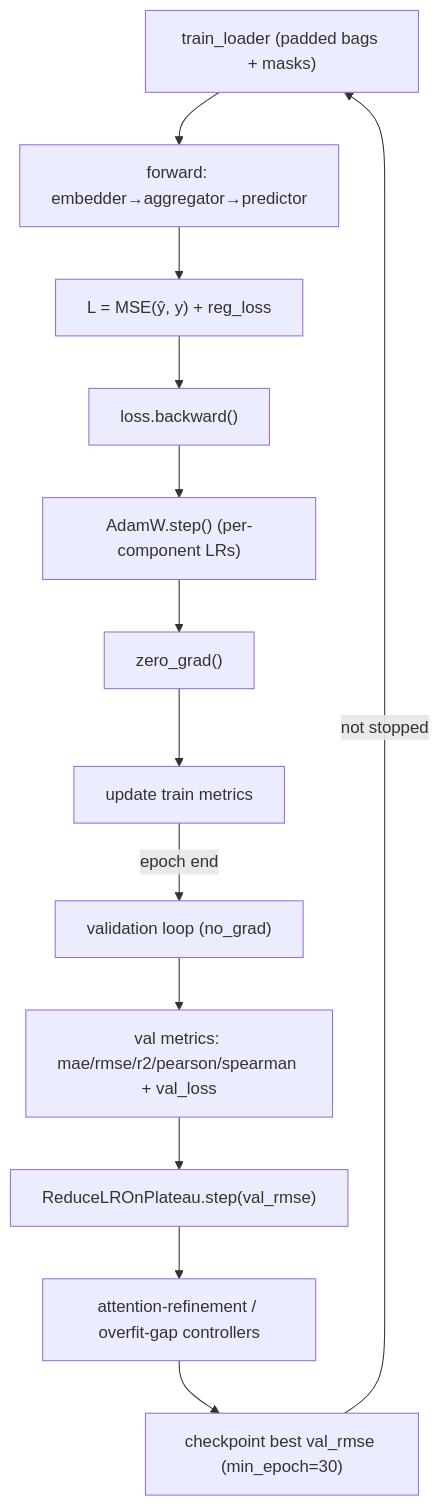
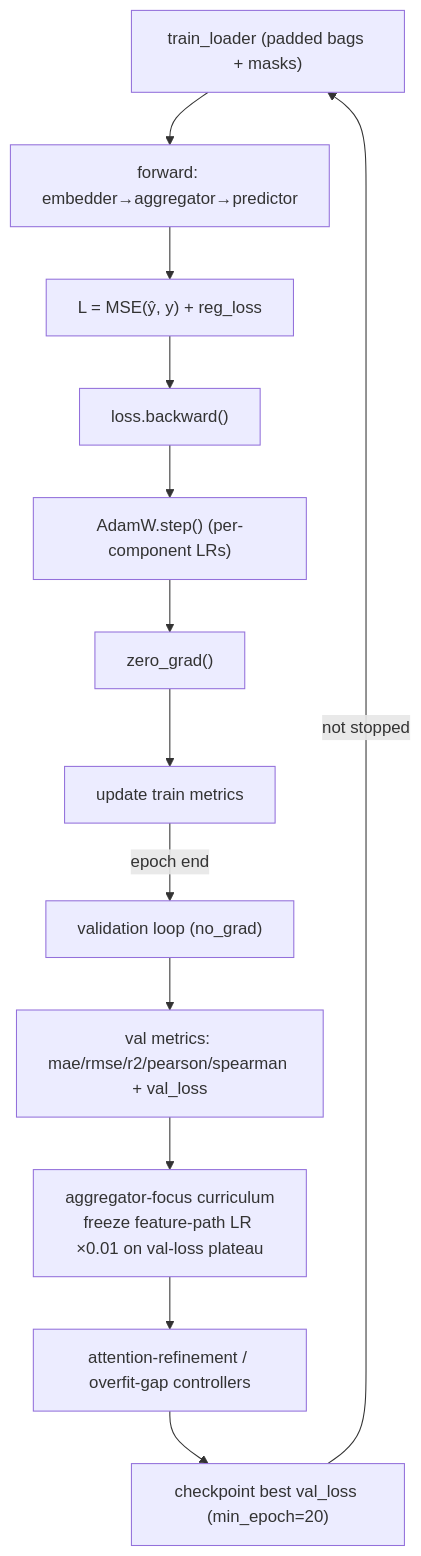
One commit to vfastovskii/milkid changed the sixth of 7 diagrams in mil_pipeline_detailed_explanation.md. Above: the diagram before and after it, drawn with Mermaid. The commit also changed other lines of this file and 14 other files, not shown here.

````diff
--- a/mil_pipeline_detailed_explanation.md
+++ b/mil_pipeline_detailed_explanation.md
@@ -633,15 +630,15 @@
 ```mermaid
 flowchart TD
     L["train_loader (padded bags + masks)"] --> FW["forward: embedder→aggregator→predictor"]
     FW --> LS["L = MSE(ŷ, y) + reg_loss"]
     LS --> BW["loss.backward()"]
     BW --> OP["AdamW.step() (per-component LRs)"]
     OP --> ZG["zero_grad()"]
     ZG --> TM["update train metrics"]
     TM -->|epoch end| VAL["validation loop (no_grad)"]
     VAL --> VM["val metrics: mae/rmse/r2/pearson/spearman + val_loss"]
-    VM --> SCH["ReduceLROnPlateau.step(val_rmse)"]
+    VM --> SCH["aggregator-focus curriculum<br/>freeze feature-path LR ×0.01 on val-loss plateau"]
     SCH --> AR["attention-refinement / overfit-gap controllers"]
-    AR --> CK["checkpoint best val_rmse (min_epoch=30)"]
+    AR --> CK["checkpoint best val_loss (min_epoch=20)"]
     CK -->|not stopped| L
 ```
````
